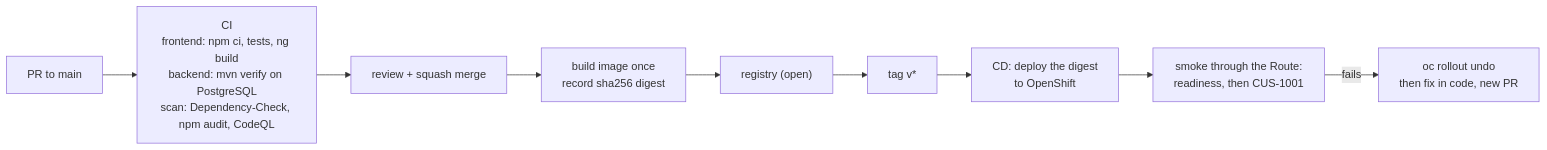
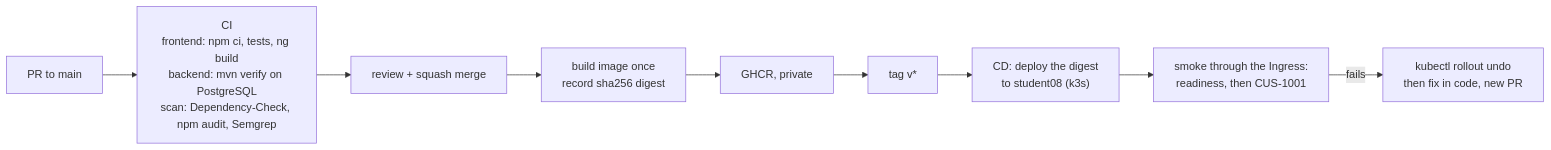
The seventh of 7 diagrams in docs/architecture.md (BrandonRobare/bean-brigade-customer-management-platform), drawn with Mermaid before and after one commit. The commit also changed other lines of this file and 25 other files, not shown here.

````diff
--- a/docs/architecture.md
+++ b/docs/architecture.md
@@ -236,11 +241,11 @@
 ```mermaid
 flowchart LR
-    pr["PR to main"] --> ci["CI<br/>frontend: npm ci, tests, ng build<br/>backend: mvn verify on PostgreSQL<br/>scan: Dependency-Check, npm audit, CodeQL"]
+    pr["PR to main"] --> ci["CI<br/>frontend: npm ci, tests, ng build<br/>backend: mvn verify on PostgreSQL<br/>scan: Dependency-Check, npm audit, Semgrep"]
     ci --> merge["review + squash merge"]
     merge --> img["build image once<br/>record sha256 digest"]
-    img --> reg["registry (open)"]
+    img --> reg["GHCR, private"]
     reg --> tag["tag v*"]
-    tag --> cd["CD: deploy the digest<br/>to OpenShift"]
-    cd --> smoke["smoke through the Route:<br/>readiness, then CUS-1001"]
-    smoke -->|" fails "| undo["oc rollout undo<br/>then fix in code, new PR"]
+    tag --> cd["CD: deploy the digest<br/>to student08 (k3s)"]
+    cd --> smoke["smoke through the Ingress:<br/>readiness, then CUS-1001"]
+    smoke -->|" fails "| undo["kubectl rollout undo<br/>then fix in code, new PR"]
 ```
````
